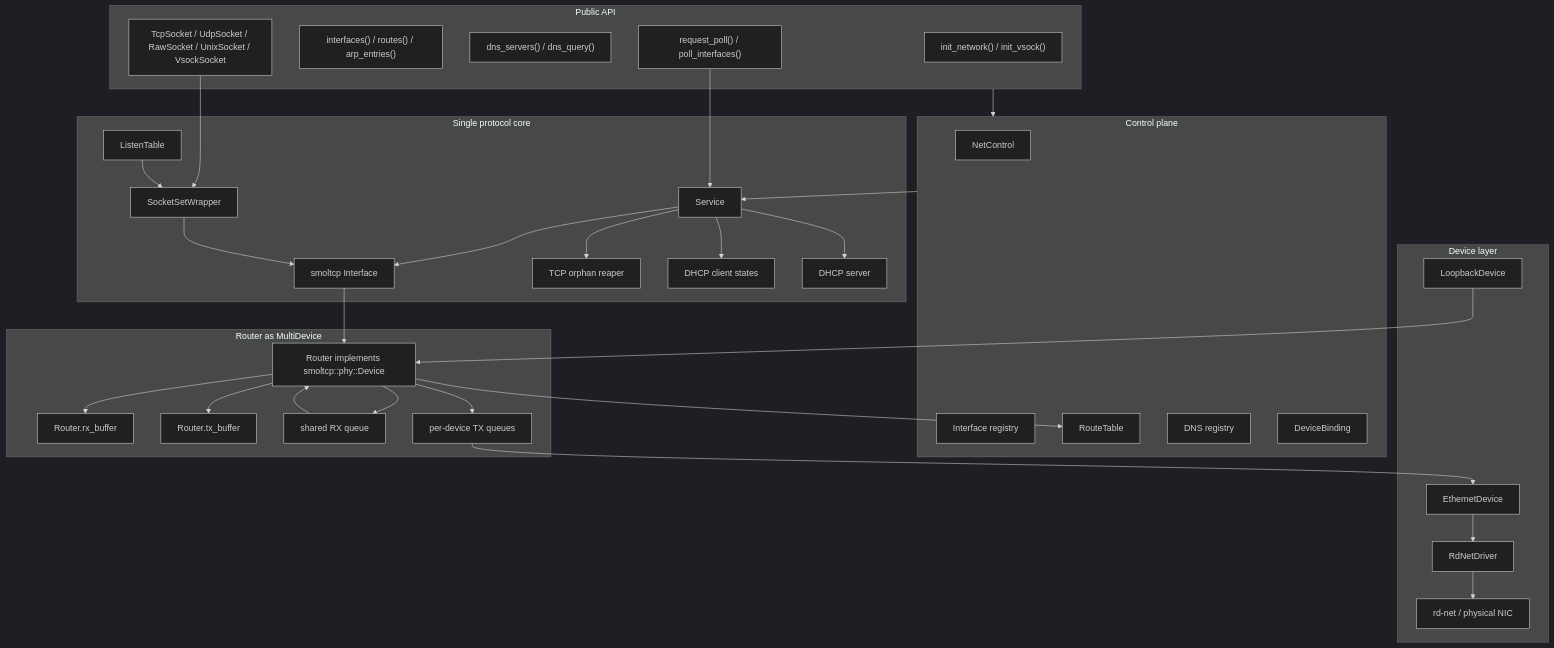
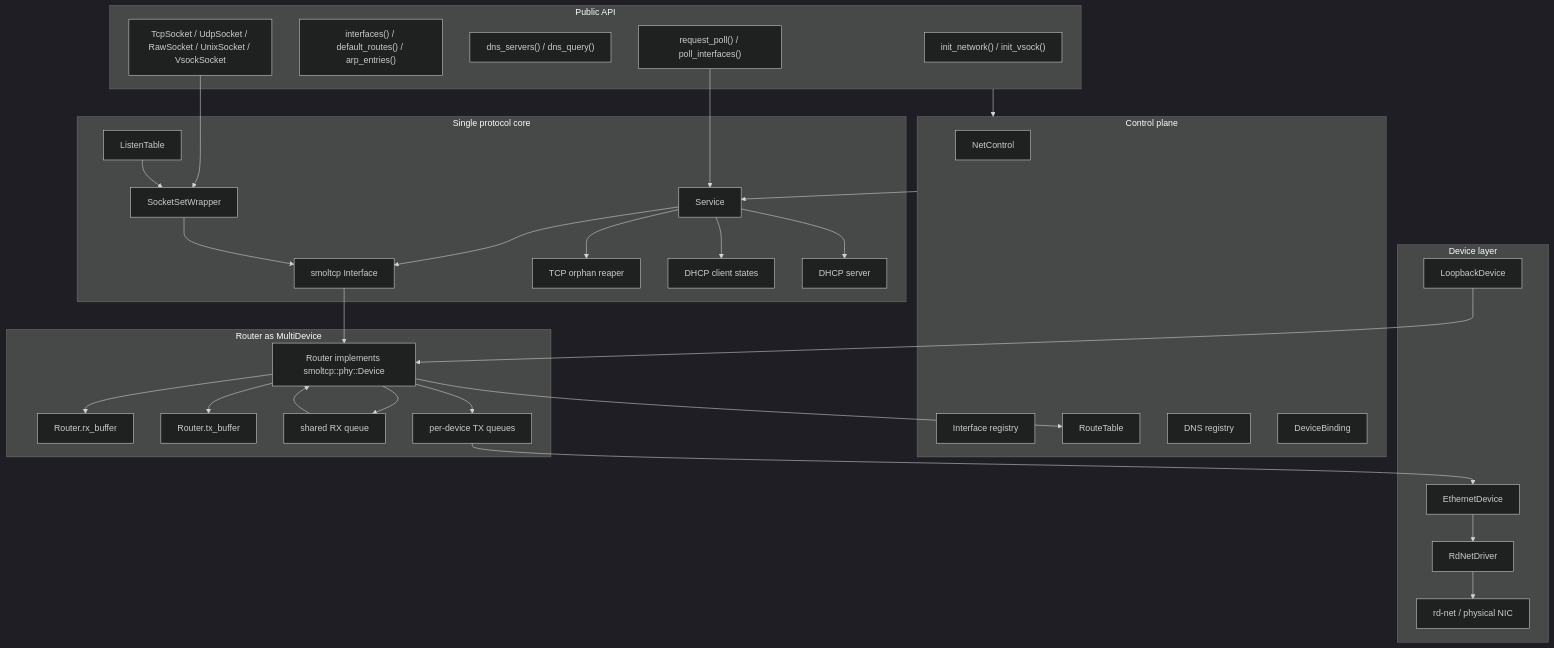
Before and after one commit to rcore-os/tgoskits: the first of 5 diagrams in docs/docs/architecture/net/architecture.md, drawn with Mermaid (dark theme). The commit also changed 9 other files, not shown here.

````diff
--- a/docs/docs/architecture/net/architecture.md
+++ b/docs/docs/architecture/net/architecture.md
@@ -36,65 +36,65 @@
 ```mermaid
 flowchart TB
     subgraph Api["Public API"]
         Init["init_network() / init_vsock()"]
-        Query["interfaces() / routes() / arp_entries()"]
+        Query["interfaces() / default_routes() / arp_entries()"]
         DnsApi["dns_servers() / dns_query()"]
         Sockets["TcpSocket / UdpSocket / RawSocket / UnixSocket / VsockSocket"]
         PollApi["request_poll() / poll_interfaces()"]
     end
 
     subgraph Control["Control plane"]
         NetControl["NetControl"]
         IfaceRegistry["Interface registry"]
         Routes["RouteTable"]
         DnsRegistry["DNS registry"]
         Binding["DeviceBinding"]
     end
 
     subgraph Core["Single protocol core"]
         Service["Service"]
         SmolIface["smoltcp Interface"]
         SocketSet["SocketSetWrapper"]
         Listen["ListenTable"]
         Orphan["TCP orphan reaper"]
         DhcpClient["DHCP client states"]
         DhcpServer["DHCP server"]
     end
 
     subgraph MultiDev["Router as MultiDevice"]
         Router["Router implements smoltcp::phy::Device"]
         RxBuffer["Router.rx_buffer"]
         TxBuffer["Router.tx_buffer"]
         RxQueue["shared RX queue"]
         TxQueues["per-device TX queues"]
     end
 
     subgraph DeviceLayer["Device layer"]
         Loopback["LoopbackDevice"]
         Ethernet["EthernetDevice"]
         RdNet["RdNetDriver"]
         Hardware["rd-net / physical NIC"]
     end
 
     Api --> Control
     Sockets --> SocketSet
     PollApi --> Service
     Control --> Service
     Service --> SmolIface
     Service --> DhcpClient
     Service --> DhcpServer
     Service --> Orphan
     SmolIface --> Router
     SocketSet --> SmolIface
     Listen --> SocketSet
     Router --> RxBuffer
     Router --> TxBuffer
     Router --> RxQueue
     Router --> TxQueues
     Router --> Routes
     TxQueues --> Ethernet
     RxQueue --> Router
     Loopback --> Router
     Ethernet --> RdNet
     RdNet --> Hardware
 ```
````
